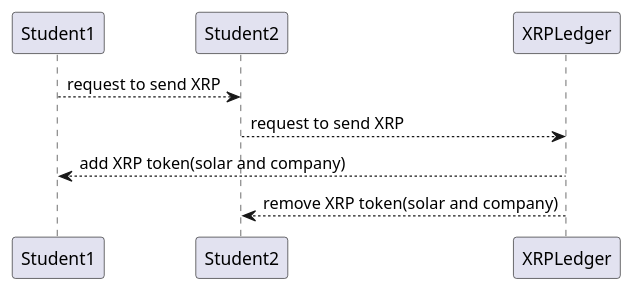
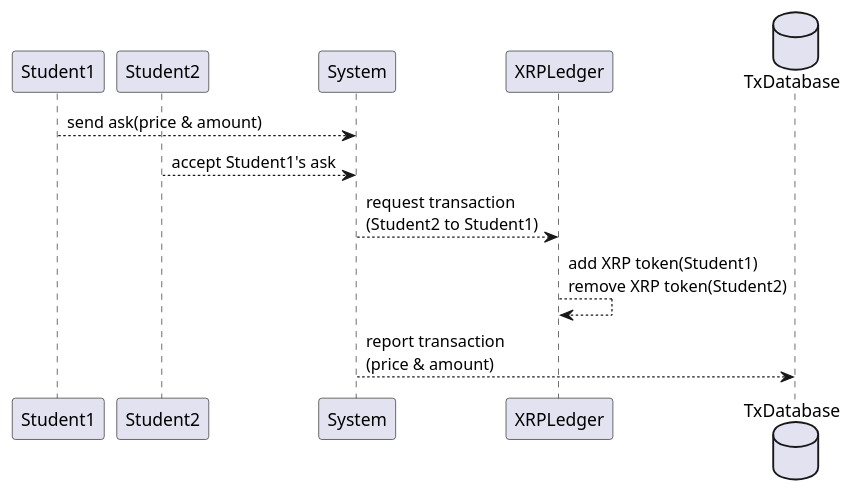
The diagram in Seq03_StudentsTokenTransaction.plantuml (KyotoUniv-SIC/electoric-power-exchange), drawn with PlantUML before and after one commit. The commit also changed 9 other files, not shown here.

```diff
--- a/Seq03_StudentsTokenTransaction.plantuml
+++ b/Seq03_StudentsTokenTransaction.plantuml
@@ -1,11 +1,13 @@
 @startuml sequence
 participant Student1 as st1
 participant Student2 as st2
+participant System as sys
 participant XRPLedger as xl
+database TxDatabase as db2
 
-st1 --> st2 : request to send XRP
-st2 --> xl : request to send XRP
-xl --> st1 : add XRP token(solar and company)
-xl --> st2 : remove XRP token(solar and company)
-
+st1 --> sys : send ask(price & amount)
+st2 --> sys : accept Student1's ask
+sys --> xl : request transaction\n(Student2 to Student1)
+xl --> xl : add XRP token(Student1)\nremove XRP token(Student2)
+sys --> db2 : report transaction\n(price & amount) 
 @enduml
```
